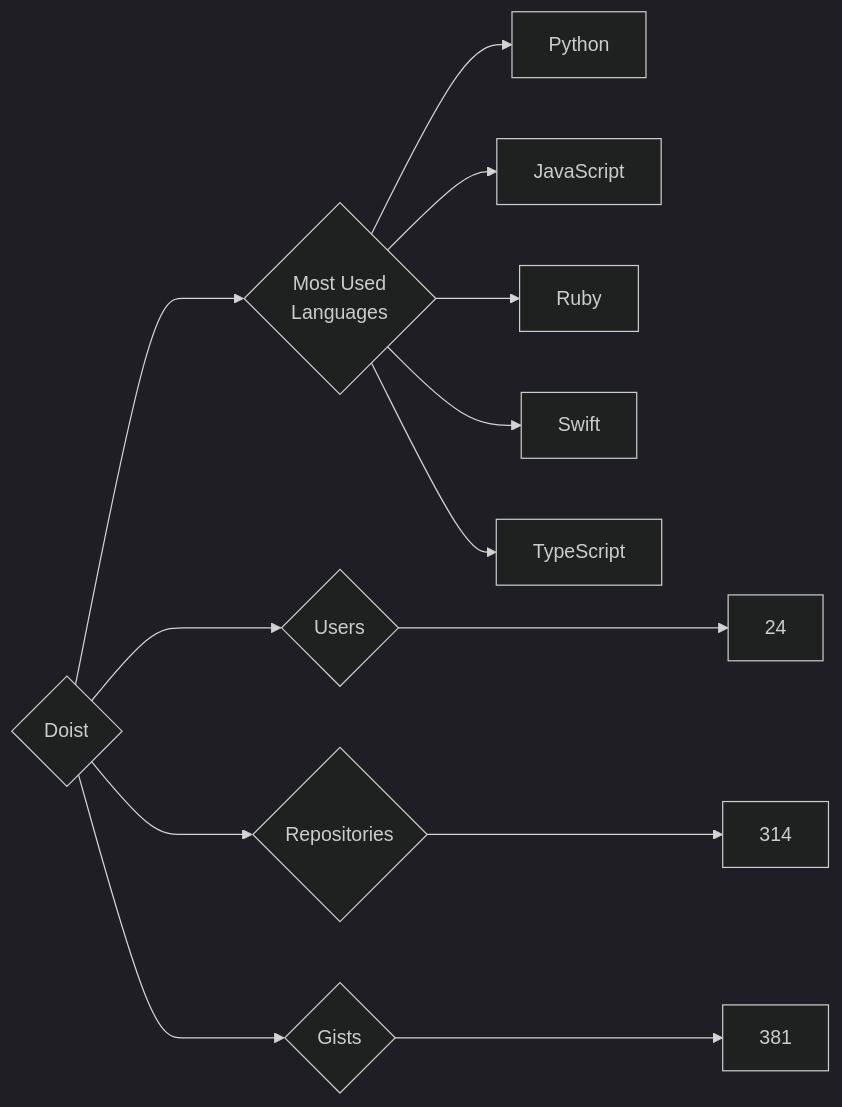
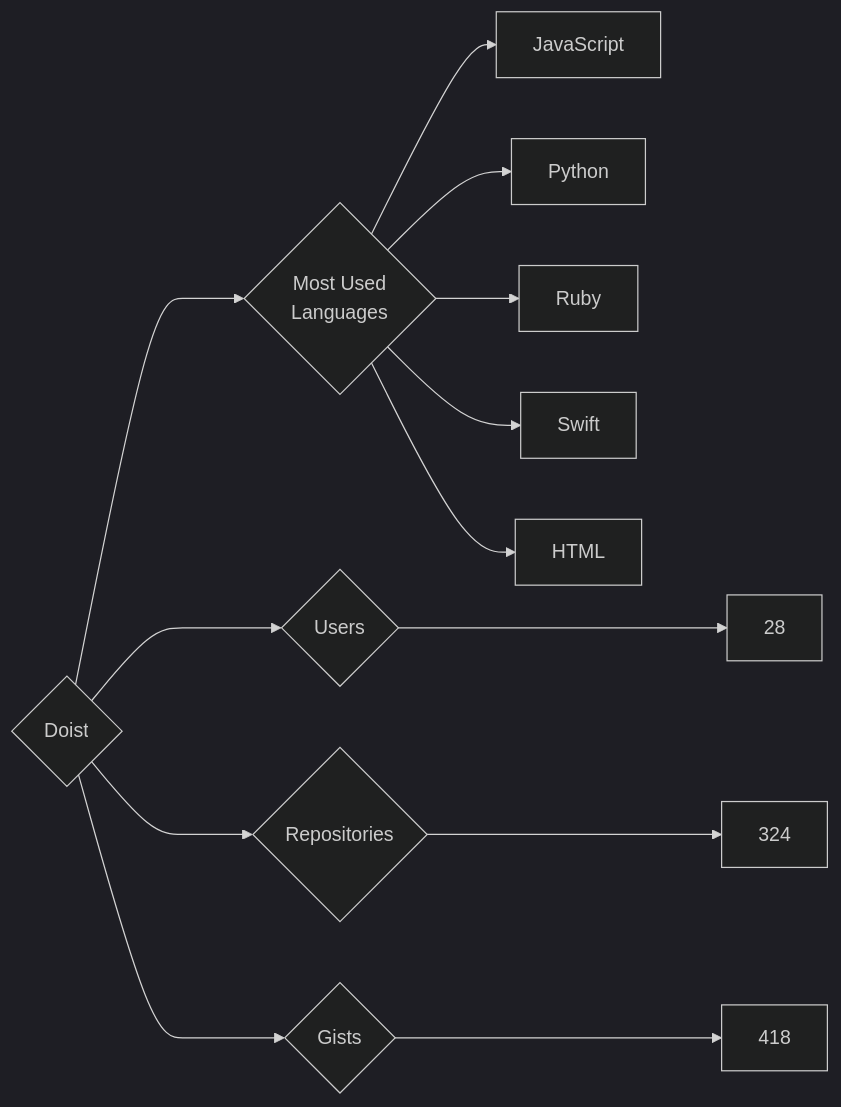
The diagram in targets/Doist/README.md (trickest/insiders), drawn with Mermaid (dark theme) before and after one commit. The commit also changed 823 other files, not shown here.

````diff
--- a/targets/Doist/README.md
+++ b/targets/Doist/README.md
@@ -3,13 +3,13 @@
 ```mermaid
 graph LR
 COMPANY_NAME{Doist}
-COMPANY_NAME ---> U{Users} ---> UN[24]
-COMPANY_NAME ---> R{Repositories} ---> RN[314]
-COMPANY_NAME ---> G{Gists} ---> GN[381]
+COMPANY_NAME ---> U{Users} ---> UN[28]
+COMPANY_NAME ---> R{Repositories} ---> RN[324]
+COMPANY_NAME ---> G{Gists} ---> GN[418]
 COMPANY_NAME ---> ML{Most Used<br>Languages}
+ML --> JavaScript[JavaScript]
 ML --> Python[Python]
-ML --> JavaScript[JavaScript]
 ML --> Ruby[Ruby]
 ML --> Swift[Swift]
-ML --> TypeScript[TypeScript]
+ML --> HTML[HTML]
 ```
````
